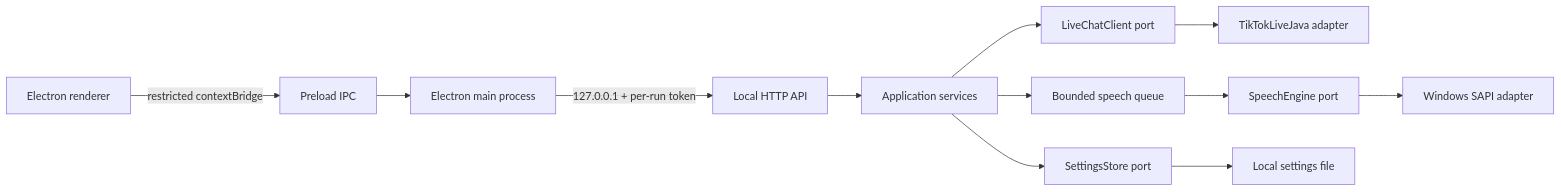
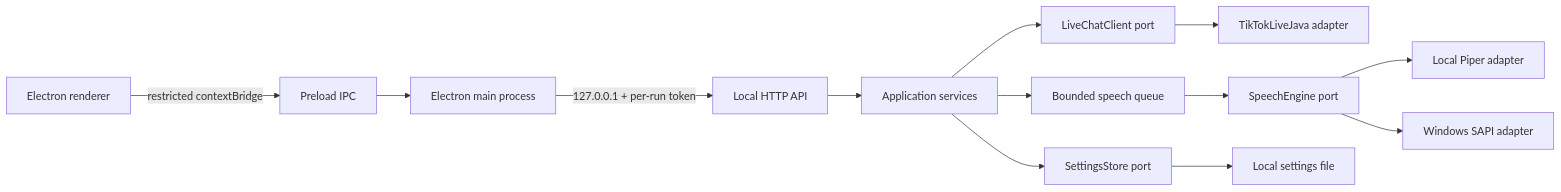
Before and after one commit to zero780/live-chat-tts: the diagram in README.md, drawn with Mermaid. The commit also changed other lines of this file and 29 other files, not shown here.

````diff
--- a/README.md
+++ b/README.md
@@ -33,14 +35,15 @@
 ```mermaid
 graph LR
   UI[Electron renderer] -->|restricted contextBridge| IPC[Preload IPC]
   IPC --> MAIN[Electron main process]
   MAIN -->|127.0.0.1 + per-run token| API[Local HTTP API]
   API --> APP[Application services]
   APP --> QUEUE[Bounded speech queue]
   APP --> LIVE[LiveChatClient port]
   LIVE --> TIKTOK[TikTokLiveJava adapter]
-  QUEUE --> SAPI[SpeechEngine port]
-  SAPI --> WINDOWS[Windows SAPI adapter]
+  QUEUE --> SPEECH[SpeechEngine port]
+  SPEECH --> PIPER[Local Piper adapter]
+  SPEECH --> WINDOWS[Windows SAPI adapter]
   APP --> SETTINGS[SettingsStore port]
   SETTINGS --> FILE[Local settings file]
 ```
````
